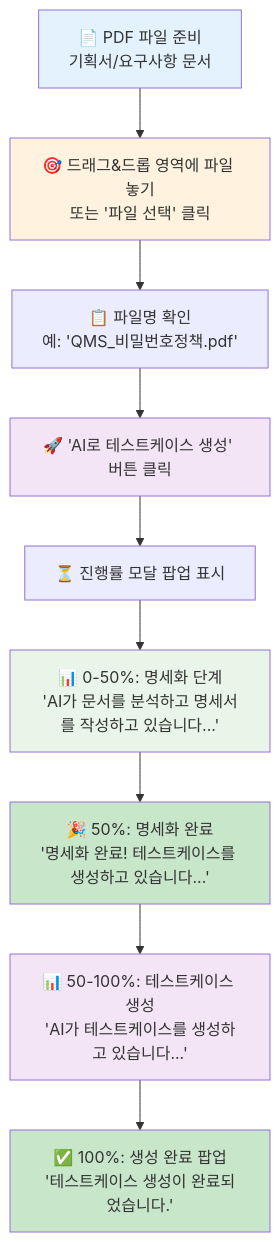
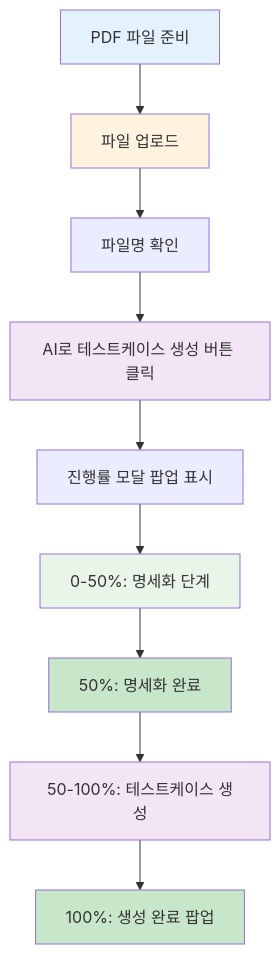
One commit to DONGWOO79/qa-test-manager changed the eighth of 9 diagrams in README.md. Above: the diagram before and after it, drawn with Mermaid. The commit also changed other lines of this file, not shown here.

First line of the commit message:
fix: Fix Mermaid diagram parsing errors in README

````diff
--- a/README.md
+++ b/README.md
@@ -683,20 +683,20 @@
 ```mermaid
 graph TD
-    A[📄 PDF 파일 준비<br/>기획서/요구사항 문서] --> B[🎯 드래그&드롭 영역에 파일 놓기<br/>또는 '파일 선택' 클릭]
-    B --> C[📋 파일명 확인<br/>예: 'QMS_비밀번호정책.pdf']
-    C --> D[🚀 'AI로 테스트케이스 생성' 버튼 클릭]
+    A[PDF 파일 준비] --> B[파일 업로드]
+    B --> C[파일명 확인]
+    C --> D[AI로 테스트케이스 생성 버튼 클릭]
     
-    D --> E[⏳ 진행률 모달 팝업 표시]
-    E --> F[📊 0-50%: 명세화 단계<br/>'AI가 문서를 분석하고 명세서를 작성하고 있습니다...']
-    F --> G[🎉 50%: 명세화 완료<br/>'명세화 완료! 테스트케이스를 생성하고 있습니다...']
-    G --> H[📊 50-100%: 테스트케이스 생성<br/>'AI가 테스트케이스를 생성하고 있습니다...']
-    H --> I[✅ 100%: 생성 완료 팝업<br/>'테스트케이스 생성이 완료되었습니다.']
+    D --> E[진행률 모달 팝업 표시]
+    E --> F[0-50%: 명세화 단계]
+    F --> G[50%: 명세화 완료]
+    G --> H[50-100%: 테스트케이스 생성]
+    H --> I[100%: 생성 완료 팝업]
     
     style A fill:#e3f2fd
     style B fill:#fff3e0
     style D fill:#f3e5f5
     style F fill:#e8f5e8
     style G fill:#c8e6c9
     style H fill:#f3e5f5
     style I fill:#c8e6c9
 ```
````
